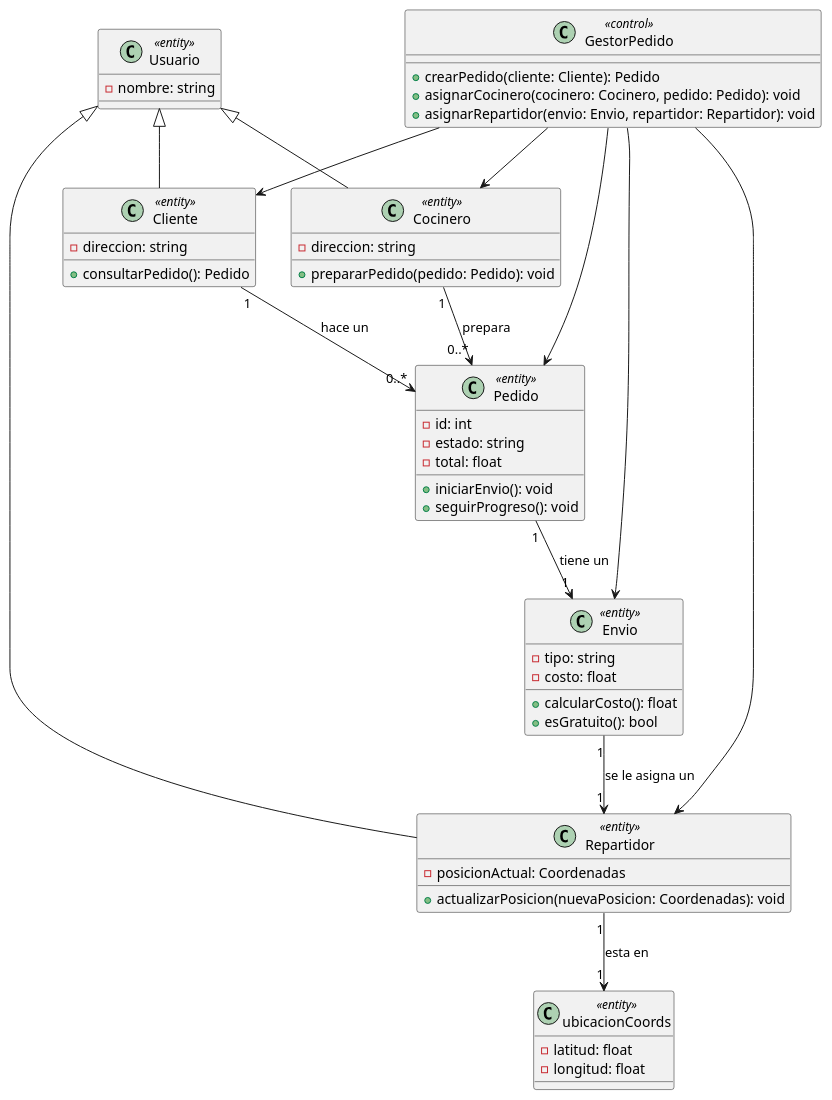
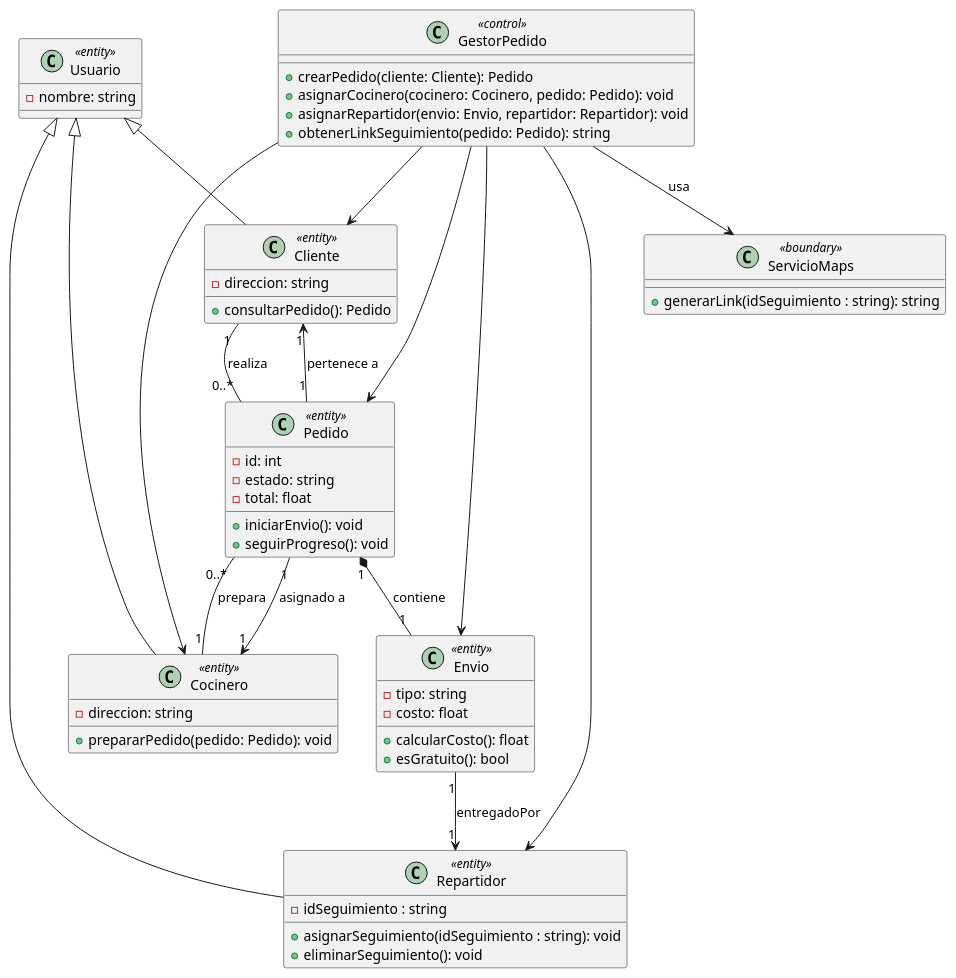
The diagram in documents/Diagrama Clases/CodeUML/bloq3.pUML (dabien3/ES25UAB-511-05), drawn with PlantUML before and after one commit.

```diff
--- a/documents/Diagrama Clases/CodeUML/bloq3.pUML
+++ b/documents/Diagrama Clases/CodeUML/bloq3.pUML
@@ -1,66 +1,66 @@
 @startuml
-
 class Usuario <<entity>> {
     -nombre: string
 }
 
 class Cliente <<entity>> {
     -direccion: string
     +consultarPedido(): Pedido
 }
 
 class Cocinero <<entity>> {
     -direccion: string
     +prepararPedido(pedido: Pedido): void
 }
 
 class Repartidor <<entity>> {
-    -posicionActual: Coordenadas
-    +actualizarPosicion(nuevaPosicion: Coordenadas): void
+    -idSeguimiento : string
+    +asignarSeguimiento(idSeguimiento : string): void
+    +eliminarSeguimiento(): void
+
 }
 
 Usuario <|-- Cliente
 Usuario <|-- Cocinero
 Usuario <|-- Repartidor
 
 class Pedido <<entity>> {
     -id: int
     -estado: string
     -total: float
     +iniciarEnvio(): void
     +seguirProgreso(): void
 }
 
 class Envio <<entity>> {
     -tipo: string
     -costo: float
     +calcularCosto(): float
     +esGratuito(): bool
 }
 
-class ubicacionCoords <<entity>> {
-    -latitud: float
-    -longitud: float
-}
-
-
 class GestorPedido <<control>> {
     +crearPedido(cliente: Cliente): Pedido
     +asignarCocinero(cocinero: Cocinero, pedido: Pedido): void
     +asignarRepartidor(envio: Envio, repartidor: Repartidor): void
+    +obtenerLinkSeguimiento(pedido: Pedido): string
+}
+
+class ServicioMaps <<boundary>> {
+    +generarLink(idSeguimiento : string): string
 }
 
 
-Cliente "1" --> "0..*" Pedido : hace un
-Cocinero "1" --> "0..*" Pedido : prepara
-Pedido "1" --> "1" Envio : tiene un
-Envio "1" --> "1" Repartidor : se le asigna un
-Repartidor "1" --> "1" ubicacionCoords : esta en
-
+Cliente "1" -- "0..*" Pedido : realiza
+Pedido "1" --> "1" Cliente : pertenece a
+Cocinero "1" -- "0..*" Pedido : prepara
+Pedido "1" --> "1" Cocinero : asignado a
+Pedido "1" *-- "1" Envio : contiene
+Envio "1" --> "1" Repartidor : entregadoPor
 GestorPedido --> Pedido
 GestorPedido --> Cliente
 GestorPedido --> Cocinero
 GestorPedido --> Envio
 GestorPedido --> Repartidor
-
+GestorPedido --> ServicioMaps : usa
 @enduml
```
